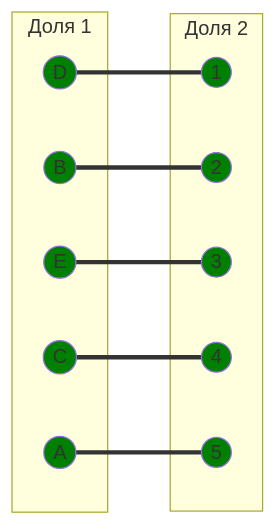
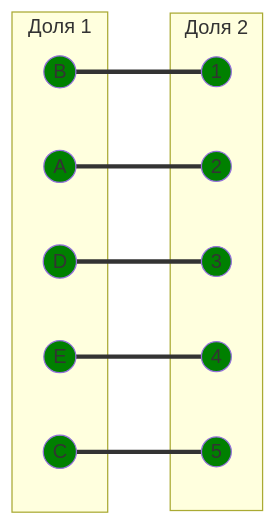
One commit to algos-ris-24-5/manual-tasks changed diagram 13 of 13 in Задание 8/TeamSpirit.md. Above: the diagram before and after it, drawn with Mermaid. The commit also changed other lines of this file, not shown here.

````diff
--- a/Задание 8/TeamSpirit.md
+++ b/Задание 8/TeamSpirit.md
@@ -239,33 +489,35 @@
 ```mermaid
 graph LR
     subgraph "Доля 1"
         A((A))
         B((B))
         C((C))
         D((D))
         E((E))
     end
     subgraph "Доля 2"
         1((1))
         2((2))
         3((3))
         4((4))
         5((5))
     end
-    A === 5
-    D === 1
-    E === 3
-    B === 2
-    C === 4
-    
+
+    A === 2
+    B === 1
+    C === 5
+    E === 4
+    D === 3
+
+
+    style A fill:#008000
+    style E fill:#008000
+    style C fill:#008000
+    style B fill:#008000
+    style 5 fill:#008000
+    style 2 fill:#008000
+    style 4 fill:#008000
+    style 1 fill:#008000
     style D fill:#008000
     style 3 fill:#008000
-    style A fill:#008000
-    style B fill:#008000
-    style E fill:#008000
-    style 1 fill:#008000
-    style 2 fill:#008000
-    style 4 fill:#008000
-    style C fill:#008000
-    style 5 fill:#008000
 ```
````
